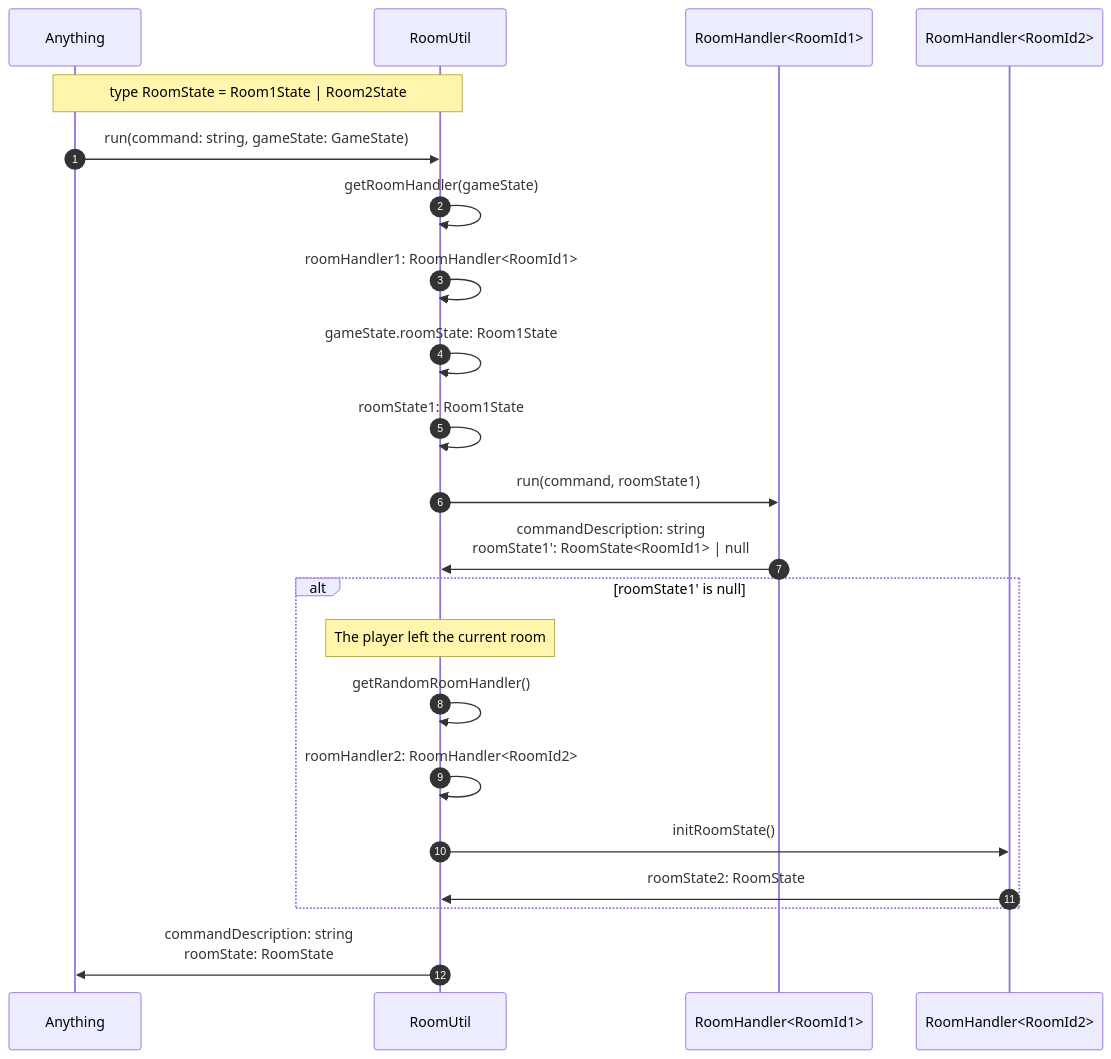
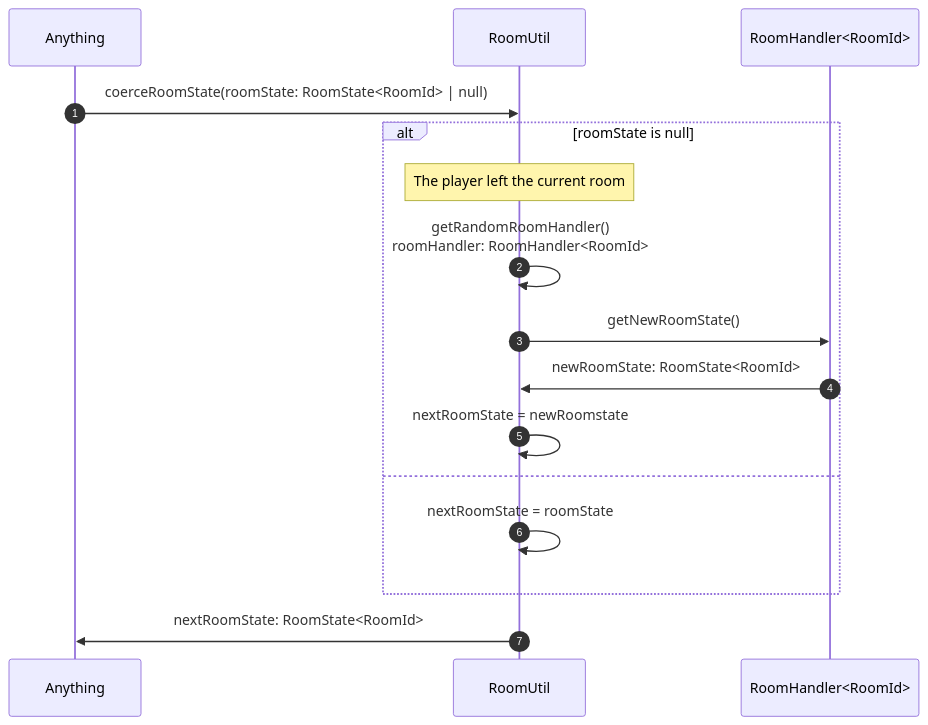
The fourth of 4 diagrams in docs/architecture/roomUtil.md (normal-devs/klicker-knight), drawn with Mermaid before and after one commit. The commit also changed other lines of this file and 1 other file, not shown here.

Commit message:
(docs) Move some responsibiity from RoomUtil to GameUtil

````diff
--- a/docs/architecture/roomUtil.md
+++ b/docs/architecture/roomUtil.md
@@ -10,27 +60,23 @@
 ```mermaid
 sequenceDiagram
   autonumber
+
   participant A as Anything
   participant RU as RoomUtil
-  participant RH1 as RoomHandler<RoomId1>
-  participant RH2 as RoomHandler<RoomId2>
+  participant RH as RoomHandler<RoomId>
 
-  note over A,RU: type RoomState = Room1State | Room2State
-  A ->> RU: run(command: string, gameState: GameState)
-  RU ->> RU: getRoomHandler(gameState)
-  RU ->> RU: roomHandler1: RoomHandler<RoomId1>
-  RU ->> RU: gameState.roomState: Room1State
-  RU ->> RU: roomState1: Room1State
-  RU ->> RH1: run(command, roomState1)
-  RH1 ->> RU: commandDescription: string <br> roomState1': RoomState<RoomId1> | null
+  A ->> RU: coerceRoomState(roomState: RoomState<RoomId> | null)
 
-  alt roomState1' is null
+  alt roomState is null
     note over RU: The player left the current room
-    RU ->> RU: getRandomRoomHandler()
-    RU ->> RU: roomHandler2: RoomHandler<RoomId2>
-    RU ->> RH2: initRoomState()
-    RH2 ->> RU: roomState2: RoomState
+
+    RU ->> RU: getRandomRoomHandler() <br> roomHandler: RoomHandler<RoomId>
+    RU ->> RH: getNewRoomState()
+    RH ->> RU: newRoomState: RoomState<RoomId>
+    RU ->> RU: nextRoomState = newRoomstate
+  else
+    RU ->> RU: nextRoomState = roomState
   end
 
-  RU ->> A: commandDescription: string <br> roomState: RoomState
+  RU ->> A: nextRoomState: RoomState<RoomId>
 ```
````
